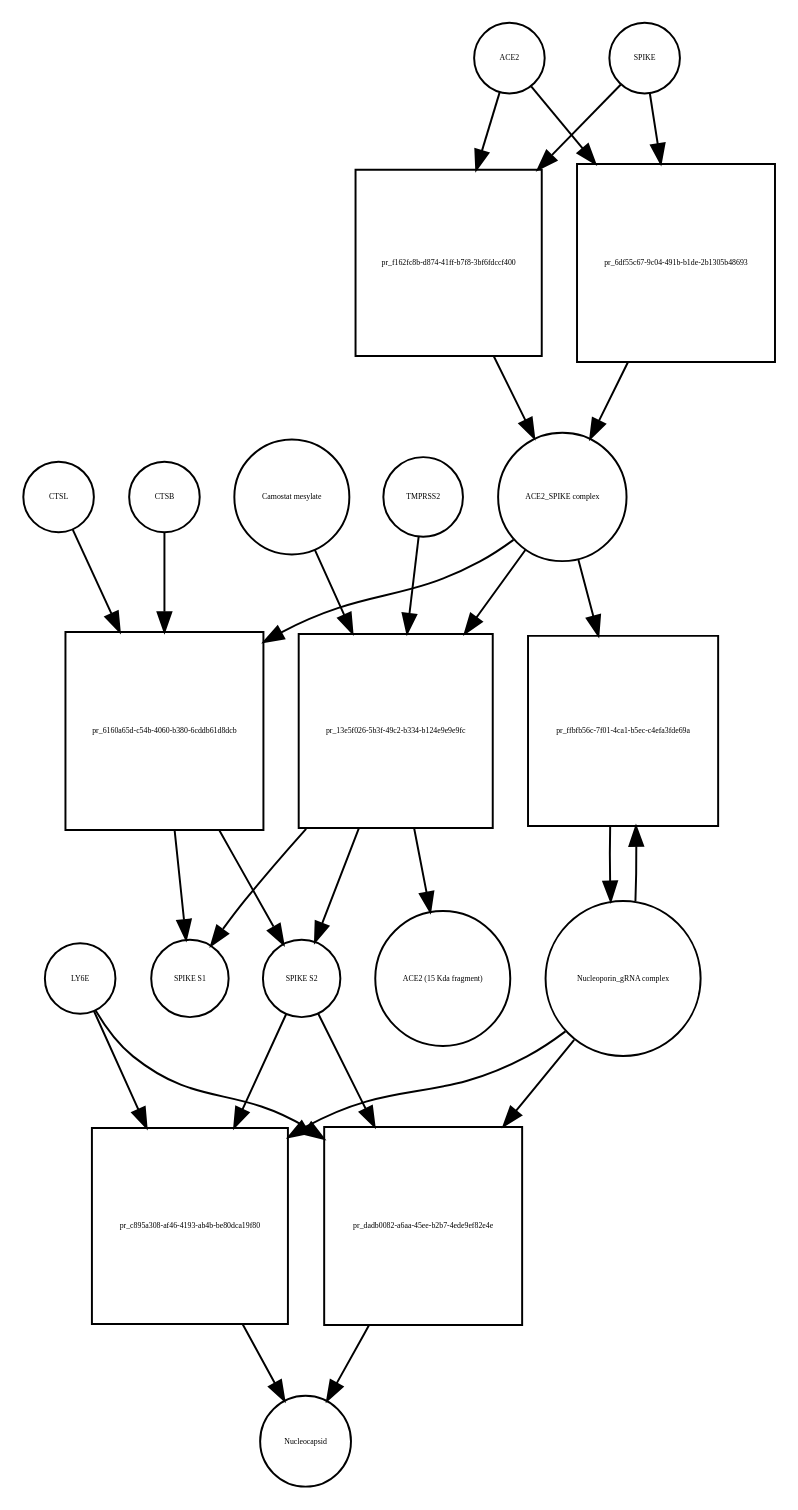
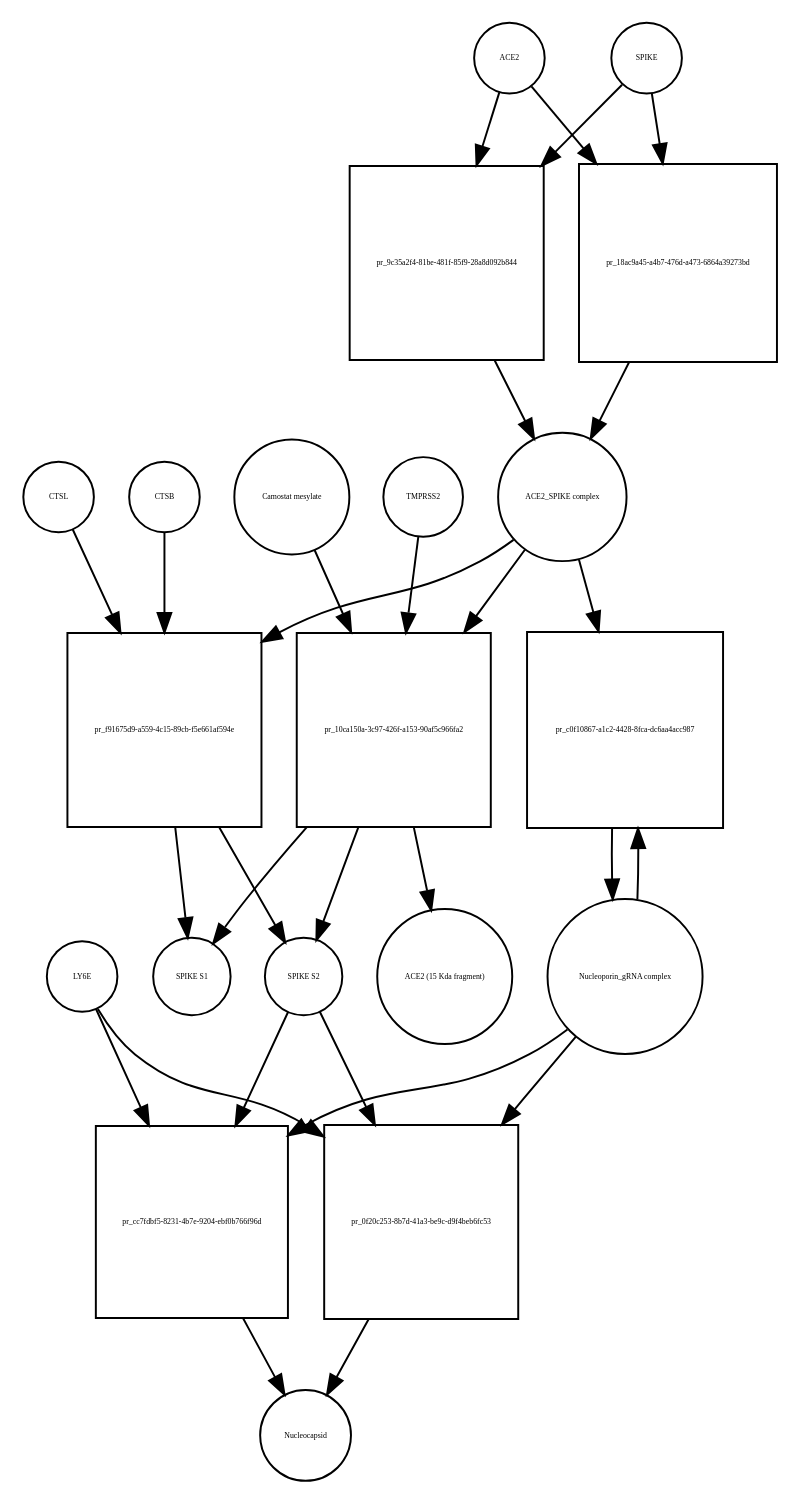
One commit to cannin/covid19-sbgn changed the diagram in Virus_replication_cycle_V01.xml_bipartite.dot. Above: the diagram before and after it, drawn with Graphviz. The commit also changed 613 other files, not shown here.

```diff
--- a/Virus_replication_cycle_V01.xml_bipartite.dot
+++ b/Virus_replication_cycle_V01.xml_bipartite.dot
@@ -1,50 +1,50 @@
 strict digraph  {
 ACE2 [annotation="", bipartite=0, cls=macromolecule, fontsize=4, label=ACE2, shape=circle];
-"pr_f162fc8b-d874-41ff-b7f8-3bf6fdccf400" [annotation="", bipartite=1, cls=process, fontsize=4, label="pr_f162fc8b-d874-41ff-b7f8-3bf6fdccf400", shape=square];
+"pr_9c35a2f4-81be-481f-85f9-28a8d092b844" [annotation="", bipartite=1, cls=process, fontsize=4, label="pr_9c35a2f4-81be-481f-85f9-28a8d092b844", shape=square];
 "ACE2_SPIKE complex" [annotation="", bipartite=0, cls=complex, fontsize=4, label="ACE2_SPIKE complex", shape=circle];
 SPIKE [annotation="", bipartite=0, cls="macromolecule multimer", fontsize=4, label=SPIKE, shape=circle];
 "Nucleoporin_gRNA complex " [annotation="", bipartite=0, cls=complex, fontsize=4, label="Nucleoporin_gRNA complex ", shape=circle];
-"pr_ffbfb56c-7f01-4ca1-b5ec-c4efa3fde69a" [annotation="", bipartite=1, cls=process, fontsize=4, label="pr_ffbfb56c-7f01-4ca1-b5ec-c4efa3fde69a", shape=square];
-"pr_6160a65d-c54b-4060-b380-6cddb61d8dcb" [annotation="", bipartite=1, cls=process, fontsize=4, label="pr_6160a65d-c54b-4060-b380-6cddb61d8dcb", shape=square];
+"pr_c0f10867-a1c2-4428-8fca-dc6aa4acc987" [annotation="", bipartite=1, cls=process, fontsize=4, label="pr_c0f10867-a1c2-4428-8fca-dc6aa4acc987", shape=square];
+"pr_f91675d9-a559-4c15-89cb-f5e661af594e" [annotation="", bipartite=1, cls=process, fontsize=4, label="pr_f91675d9-a559-4c15-89cb-f5e661af594e", shape=square];
 "SPIKE S2" [annotation="", bipartite=0, cls=macromolecule, fontsize=4, label="SPIKE S2", shape=circle];
 CTSB [annotation="", bipartite=0, cls=macromolecule, fontsize=4, label=CTSB, shape=circle];
 CTSL [annotation="", bipartite=0, cls=macromolecule, fontsize=4, label=CTSL, shape=circle];
 "SPIKE S1" [annotation="", bipartite=0, cls=macromolecule, fontsize=4, label="SPIKE S1", shape=circle];
-"pr_c895a308-af46-4193-ab4b-be80dca19f80" [annotation="", bipartite=1, cls=process, fontsize=4, label="pr_c895a308-af46-4193-ab4b-be80dca19f80", shape=square];
+"pr_cc7fdbf5-8231-4b7e-9204-ebf0b766f96d" [annotation="", bipartite=1, cls=process, fontsize=4, label="pr_cc7fdbf5-8231-4b7e-9204-ebf0b766f96d", shape=square];
 Nucleocapsid [annotation="", bipartite=0, cls=complex, fontsize=4, label=Nucleocapsid, shape=circle];
 LY6E [annotation="", bipartite=0, cls=macromolecule, fontsize=4, label=LY6E, shape=circle];
-"pr_13e5f026-5b3f-49c2-b334-b124e9e9e9fc" [annotation="", bipartite=1, cls=process, fontsize=4, label="pr_13e5f026-5b3f-49c2-b334-b124e9e9e9fc", shape=square];
+"pr_10ca150a-3c97-426f-a153-90af5c966fa2" [annotation="", bipartite=1, cls=process, fontsize=4, label="pr_10ca150a-3c97-426f-a153-90af5c966fa2", shape=square];
 TMPRSS2 [annotation="", bipartite=0, cls=macromolecule, fontsize=4, label=TMPRSS2, shape=circle];
 "Camostat mesylate" [annotation="urn_miriam_pubchem.compound_2536", bipartite=0, cls="simple chemical", fontsize=4, label="Camostat mesylate", shape=circle];
 "ACE2 (15 Kda fragment)" [annotation="", bipartite=0, cls=macromolecule, fontsize=4, label="ACE2 (15 Kda fragment)", shape=circle];
-"pr_6df55c67-9c04-491b-b1de-2b1305b48693" [annotation="", bipartite=1, cls=process, fontsize=4, label="pr_6df55c67-9c04-491b-b1de-2b1305b48693", shape=square];
-"pr_dadb0082-a6aa-45ee-b2b7-4ede9ef82e4e" [annotation="", bipartite=1, cls=process, fontsize=4, label="pr_dadb0082-a6aa-45ee-b2b7-4ede9ef82e4e", shape=square];
-ACE2 -> "pr_f162fc8b-d874-41ff-b7f8-3bf6fdccf400"  [annotation="", interaction_type=consumption];
-ACE2 -> "pr_6df55c67-9c04-491b-b1de-2b1305b48693"  [annotation="", interaction_type=consumption];
-"pr_f162fc8b-d874-41ff-b7f8-3bf6fdccf400" -> "ACE2_SPIKE complex"  [annotation="", interaction_type=production];
-"ACE2_SPIKE complex" -> "pr_ffbfb56c-7f01-4ca1-b5ec-c4efa3fde69a"  [annotation="urn_miriam_pubmed_32142651|urn_miriam_pubmed_32094589", interaction_type=stimulation];
-"ACE2_SPIKE complex" -> "pr_6160a65d-c54b-4060-b380-6cddb61d8dcb"  [annotation="", interaction_type=consumption];
-"ACE2_SPIKE complex" -> "pr_13e5f026-5b3f-49c2-b334-b124e9e9e9fc"  [annotation="", interaction_type=consumption];
-SPIKE -> "pr_f162fc8b-d874-41ff-b7f8-3bf6fdccf400"  [annotation="", interaction_type=consumption];
-SPIKE -> "pr_6df55c67-9c04-491b-b1de-2b1305b48693"  [annotation="", interaction_type=consumption];
-"Nucleoporin_gRNA complex " -> "pr_ffbfb56c-7f01-4ca1-b5ec-c4efa3fde69a"  [annotation="", interaction_type=consumption];
-"Nucleoporin_gRNA complex " -> "pr_c895a308-af46-4193-ab4b-be80dca19f80"  [annotation="", interaction_type=consumption];
-"Nucleoporin_gRNA complex " -> "pr_dadb0082-a6aa-45ee-b2b7-4ede9ef82e4e"  [annotation="", interaction_type=consumption];
-"pr_ffbfb56c-7f01-4ca1-b5ec-c4efa3fde69a" -> "Nucleoporin_gRNA complex "  [annotation="", interaction_type=production];
-"pr_6160a65d-c54b-4060-b380-6cddb61d8dcb" -> "SPIKE S2"  [annotation="", interaction_type=production];
-"pr_6160a65d-c54b-4060-b380-6cddb61d8dcb" -> "SPIKE S1"  [annotation="", interaction_type=production];
-"SPIKE S2" -> "pr_c895a308-af46-4193-ab4b-be80dca19f80"  [annotation="urn_miriam_doi_10.1101%2F2020.03.05.979260|urn_miriam_pubmed_32142651|urn_miriam_pubmed_32094589", interaction_type=stimulation];
-"SPIKE S2" -> "pr_dadb0082-a6aa-45ee-b2b7-4ede9ef82e4e"  [annotation="urn_miriam_doi_10.1101%2F2020.03.05.979260", interaction_type=stimulation];
-CTSB -> "pr_6160a65d-c54b-4060-b380-6cddb61d8dcb"  [annotation=urn_miriam_pubmed_32142651, interaction_type=catalysis];
-CTSL -> "pr_6160a65d-c54b-4060-b380-6cddb61d8dcb"  [annotation=urn_miriam_pubmed_32142651, interaction_type=catalysis];
-"pr_c895a308-af46-4193-ab4b-be80dca19f80" -> Nucleocapsid  [annotation="", interaction_type=production];
-LY6E -> "pr_c895a308-af46-4193-ab4b-be80dca19f80"  [annotation="urn_miriam_doi_10.1101%2F2020.03.05.979260|urn_miriam_pubmed_32142651|urn_miriam_pubmed_32094589", interaction_type=inhibition];
-LY6E -> "pr_dadb0082-a6aa-45ee-b2b7-4ede9ef82e4e"  [annotation="urn_miriam_doi_10.1101%2F2020.03.05.979260", interaction_type=inhibition];
-"pr_13e5f026-5b3f-49c2-b334-b124e9e9e9fc" -> "SPIKE S2"  [annotation="", interaction_type=production];
-"pr_13e5f026-5b3f-49c2-b334-b124e9e9e9fc" -> "SPIKE S1"  [annotation="", interaction_type=production];
-"pr_13e5f026-5b3f-49c2-b334-b124e9e9e9fc" -> "ACE2 (15 Kda fragment)"  [annotation="", interaction_type=production];
-TMPRSS2 -> "pr_13e5f026-5b3f-49c2-b334-b124e9e9e9fc"  [annotation="urn_miriam_pubmed_32142651|urn_miriam_pubmed_32094589|urn_miriam_pubmed_24227843", interaction_type=catalysis];
-"Camostat mesylate" -> "pr_13e5f026-5b3f-49c2-b334-b124e9e9e9fc"  [annotation="urn_miriam_pubmed_32142651|urn_miriam_pubmed_32094589|urn_miriam_pubmed_24227843", interaction_type=inhibition];
-"pr_6df55c67-9c04-491b-b1de-2b1305b48693" -> "ACE2_SPIKE complex"  [annotation="", interaction_type=production];
-"pr_dadb0082-a6aa-45ee-b2b7-4ede9ef82e4e" -> Nucleocapsid  [annotation="", interaction_type=production];
+"pr_18ac9a45-a4b7-476d-a473-6864a39273bd" [annotation="", bipartite=1, cls=process, fontsize=4, label="pr_18ac9a45-a4b7-476d-a473-6864a39273bd", shape=square];
+"pr_0f20c253-8b7d-41a3-be9c-d9f4beb6fc53" [annotation="", bipartite=1, cls=process, fontsize=4, label="pr_0f20c253-8b7d-41a3-be9c-d9f4beb6fc53", shape=square];
+ACE2 -> "pr_9c35a2f4-81be-481f-85f9-28a8d092b844"  [annotation="", interaction_type=consumption];
+ACE2 -> "pr_18ac9a45-a4b7-476d-a473-6864a39273bd"  [annotation="", interaction_type=consumption];
+"pr_9c35a2f4-81be-481f-85f9-28a8d092b844" -> "ACE2_SPIKE complex"  [annotation="", interaction_type=production];
+"ACE2_SPIKE complex" -> "pr_c0f10867-a1c2-4428-8fca-dc6aa4acc987"  [annotation="urn_miriam_pubmed_32142651|urn_miriam_pubmed_32094589", interaction_type=stimulation];
+"ACE2_SPIKE complex" -> "pr_f91675d9-a559-4c15-89cb-f5e661af594e"  [annotation="", interaction_type=consumption];
+"ACE2_SPIKE complex" -> "pr_10ca150a-3c97-426f-a153-90af5c966fa2"  [annotation="", interaction_type=consumption];
+SPIKE -> "pr_9c35a2f4-81be-481f-85f9-28a8d092b844"  [annotation="", interaction_type=consumption];
+SPIKE -> "pr_18ac9a45-a4b7-476d-a473-6864a39273bd"  [annotation="", interaction_type=consumption];
+"Nucleoporin_gRNA complex " -> "pr_c0f10867-a1c2-4428-8fca-dc6aa4acc987"  [annotation="", interaction_type=consumption];
+"Nucleoporin_gRNA complex " -> "pr_cc7fdbf5-8231-4b7e-9204-ebf0b766f96d"  [annotation="", interaction_type=consumption];
+"Nucleoporin_gRNA complex " -> "pr_0f20c253-8b7d-41a3-be9c-d9f4beb6fc53"  [annotation="", interaction_type=consumption];
+"pr_c0f10867-a1c2-4428-8fca-dc6aa4acc987" -> "Nucleoporin_gRNA complex "  [annotation="", interaction_type=production];
+"pr_f91675d9-a559-4c15-89cb-f5e661af594e" -> "SPIKE S2"  [annotation="", interaction_type=production];
+"pr_f91675d9-a559-4c15-89cb-f5e661af594e" -> "SPIKE S1"  [annotation="", interaction_type=production];
+"SPIKE S2" -> "pr_cc7fdbf5-8231-4b7e-9204-ebf0b766f96d"  [annotation="urn_miriam_doi_10.1101%2F2020.03.05.979260|urn_miriam_pubmed_32142651|urn_miriam_pubmed_32094589", interaction_type=stimulation];
+"SPIKE S2" -> "pr_0f20c253-8b7d-41a3-be9c-d9f4beb6fc53"  [annotation="urn_miriam_doi_10.1101%2F2020.03.05.979260", interaction_type=stimulation];
+CTSB -> "pr_f91675d9-a559-4c15-89cb-f5e661af594e"  [annotation=urn_miriam_pubmed_32142651, interaction_type=catalysis];
+CTSL -> "pr_f91675d9-a559-4c15-89cb-f5e661af594e"  [annotation=urn_miriam_pubmed_32142651, interaction_type=catalysis];
+"pr_cc7fdbf5-8231-4b7e-9204-ebf0b766f96d" -> Nucleocapsid  [annotation="", interaction_type=production];
+LY6E -> "pr_cc7fdbf5-8231-4b7e-9204-ebf0b766f96d"  [annotation="urn_miriam_doi_10.1101%2F2020.03.05.979260|urn_miriam_pubmed_32142651|urn_miriam_pubmed_32094589", interaction_type=inhibition];
+LY6E -> "pr_0f20c253-8b7d-41a3-be9c-d9f4beb6fc53"  [annotation="urn_miriam_doi_10.1101%2F2020.03.05.979260", interaction_type=inhibition];
+"pr_10ca150a-3c97-426f-a153-90af5c966fa2" -> "SPIKE S2"  [annotation="", interaction_type=production];
+"pr_10ca150a-3c97-426f-a153-90af5c966fa2" -> "SPIKE S1"  [annotation="", interaction_type=production];
+"pr_10ca150a-3c97-426f-a153-90af5c966fa2" -> "ACE2 (15 Kda fragment)"  [annotation="", interaction_type=production];
+TMPRSS2 -> "pr_10ca150a-3c97-426f-a153-90af5c966fa2"  [annotation="urn_miriam_pubmed_32142651|urn_miriam_pubmed_32094589|urn_miriam_pubmed_24227843", interaction_type=catalysis];
+"Camostat mesylate" -> "pr_10ca150a-3c97-426f-a153-90af5c966fa2"  [annotation="urn_miriam_pubmed_32142651|urn_miriam_pubmed_32094589|urn_miriam_pubmed_24227843", interaction_type=inhibition];
+"pr_18ac9a45-a4b7-476d-a473-6864a39273bd" -> "ACE2_SPIKE complex"  [annotation="", interaction_type=production];
+"pr_0f20c253-8b7d-41a3-be9c-d9f4beb6fc53" -> Nucleocapsid  [annotation="", interaction_type=production];
 }
```
